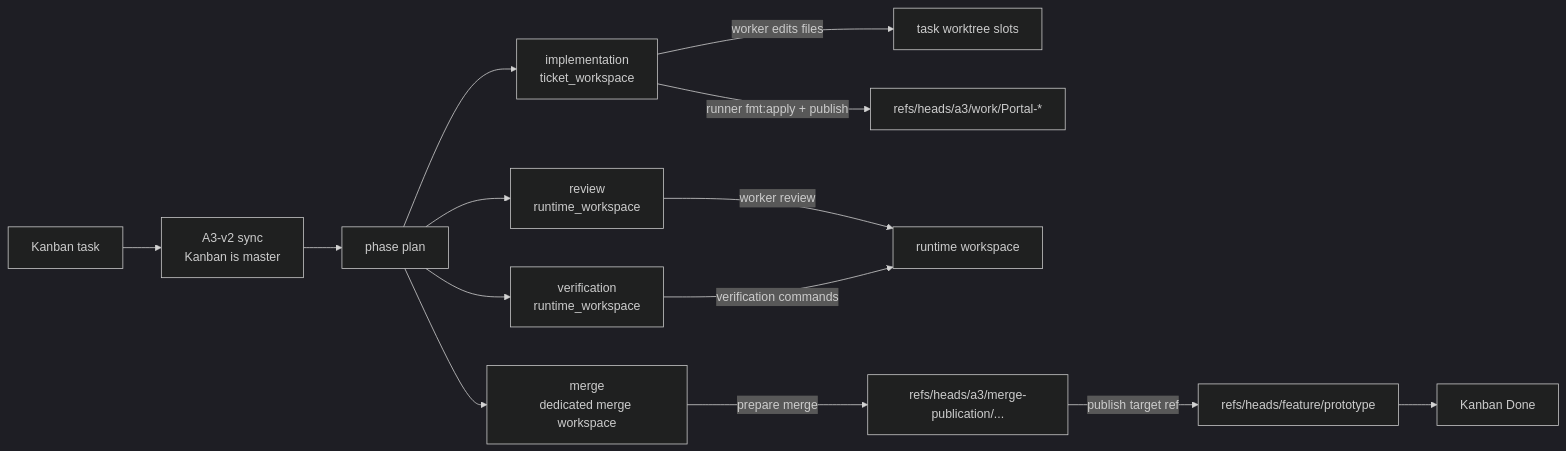
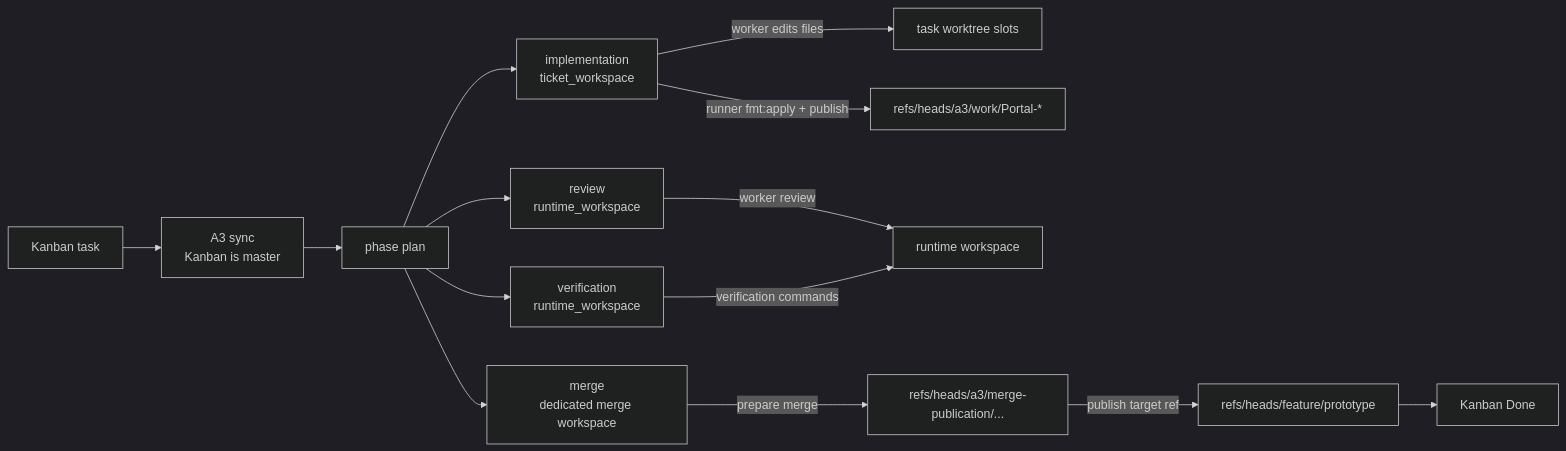
The second of 4 diagrams in docs/35-repo-worktree-and-merge-flow-diagrams.md (wamukat/a2o), drawn with Mermaid (dark theme) before and after one commit. The commit also changed other lines of this file and 9 other files, not shown here.

````diff
--- a/docs/35-repo-worktree-and-merge-flow-diagrams.md
+++ b/docs/35-repo-worktree-and-merge-flow-diagrams.md
@@ -60,19 +60,19 @@
 ```mermaid
 flowchart LR
-  K["Kanban task"] --> S["A3-v2 sync<br/>Kanban is master"]
+  K["Kanban task"] --> S["A3 sync<br/>Kanban is master"]
   S --> P["phase plan"]
 
   P --> I["implementation<br/>ticket_workspace"]
   P --> R["review<br/>runtime_workspace"]
   P --> V["verification<br/>runtime_workspace"]
   P --> M["merge<br/>dedicated merge workspace"]
 
   I -->|worker edits files| TW["task worktree slots"]
   I -->|runner fmt:apply + publish| WORK["refs/heads/a3/work/Portal-*"]
 
   R -->|worker review| RT["runtime workspace"]
   V -->|verification commands| RT
   M -->|prepare merge| TMP["refs/heads/a3/merge-publication/..."]
   TMP -->|publish target ref| TARGET["refs/heads/feature/prototype"]
   TARGET --> DONE["Kanban Done"]
 ```
````
